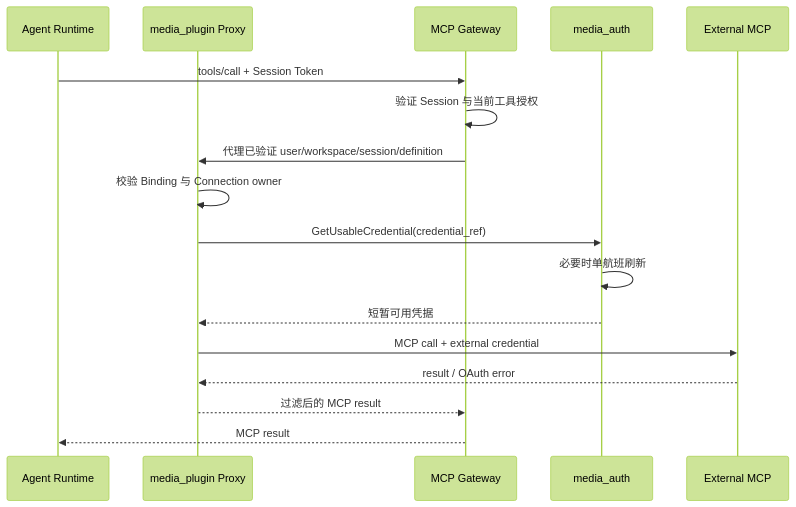
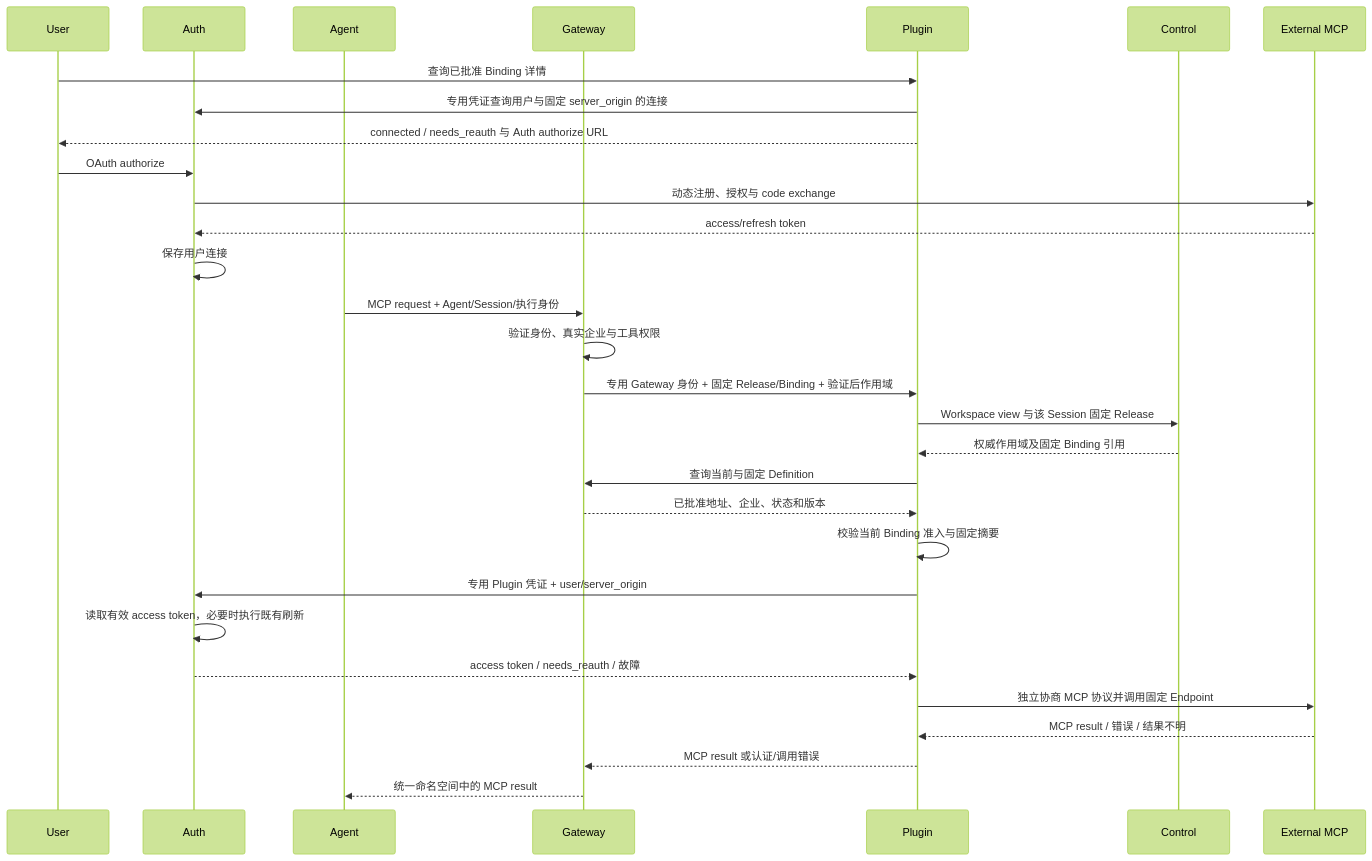
One commit to hotttao/media_agent changed the diagram in docs/ddd/media_plugin/workflow/0002-external_mcp_oauth_proxy/external_mcp_oauth_proxy.md. Above: the diagram before and after it, drawn with Mermaid (forest theme). The commit also changed other lines of this file and 87 other files, not shown here.

Commit message:
feat(plugin): implement versioned MCP bindings and authenticated proxy

````diff
--- a/docs/ddd/media_plugin/workflow/0002-external_mcp_oauth_proxy/external_mcp_oauth_proxy.md
+++ b/docs/ddd/media_plugin/workflow/0002-external_mcp_oauth_proxy/external_mcp_oauth_proxy.md
@@ -20,19 +14,32 @@
 ```mermaid
 sequenceDiagram
-    participant R as Agent Runtime
-    participant P as media_plugin Proxy
-    participant S as MCP Gateway
-    participant A as media_auth
+    participant U as User
+    participant A as Auth
+    participant R as Agent
+    participant G as Gateway
+    participant P as Plugin
+    participant C as Control
     participant E as External MCP
-    R->>S: tools/call + Session Token
-    S->>S: 验证 Session 与当前工具授权
-    S->>P: 代理已验证 user/workspace/session/definition
-    P->>P: 校验 Binding 与 Connection owner
-    P->>A: GetUsableCredential(credential_ref)
-    A->>A: 必要时单航班刷新
-    A-->>P: 短暂可用凭据
-    P->>E: MCP call + external credential
-    E-->>P: result / OAuth error
-    P-->>S: 过滤后的 MCP result
-    S-->>R: MCP result
+    U->>P: 查询已批准 Binding 详情
+    P->>A: 专用凭证查询用户与固定 server_origin 的连接
+    P-->>U: connected / needs_reauth 与 Auth authorize URL
+    U->>A: OAuth authorize
+    A->>E: 动态注册、授权与 code exchange
+    E-->>A: access/refresh token
+    A->>A: 保存用户连接
+    R->>G: MCP request + Agent/Session/执行身份
+    G->>G: 验证身份、真实企业与工具权限
+    G->>P: 专用 Gateway 身份 + 固定 Release/Binding + 验证后作用域
+    P->>C: Workspace view 与该 Session 固定 Release
+    C-->>P: 权威作用域及固定 Binding 引用
+    P->>G: 查询当前与固定 Definition
+    G-->>P: 已批准地址、企业、状态和版本
+    P->>P: 校验当前 Binding 准入与固定摘要
+    P->>A: 专用 Plugin 凭证 + user/server_origin
+    A->>A: 读取有效 access token，必要时执行既有刷新
+    A-->>P: access token / needs_reauth / 故障
+    P->>E: 独立协商 MCP 协议并调用固定 Endpoint
+    E-->>P: MCP result / 错误 / 结果不明
+    P-->>G: MCP result 或认证/调用错误
+    G-->>R: 统一命名空间中的 MCP result
 ```
````
